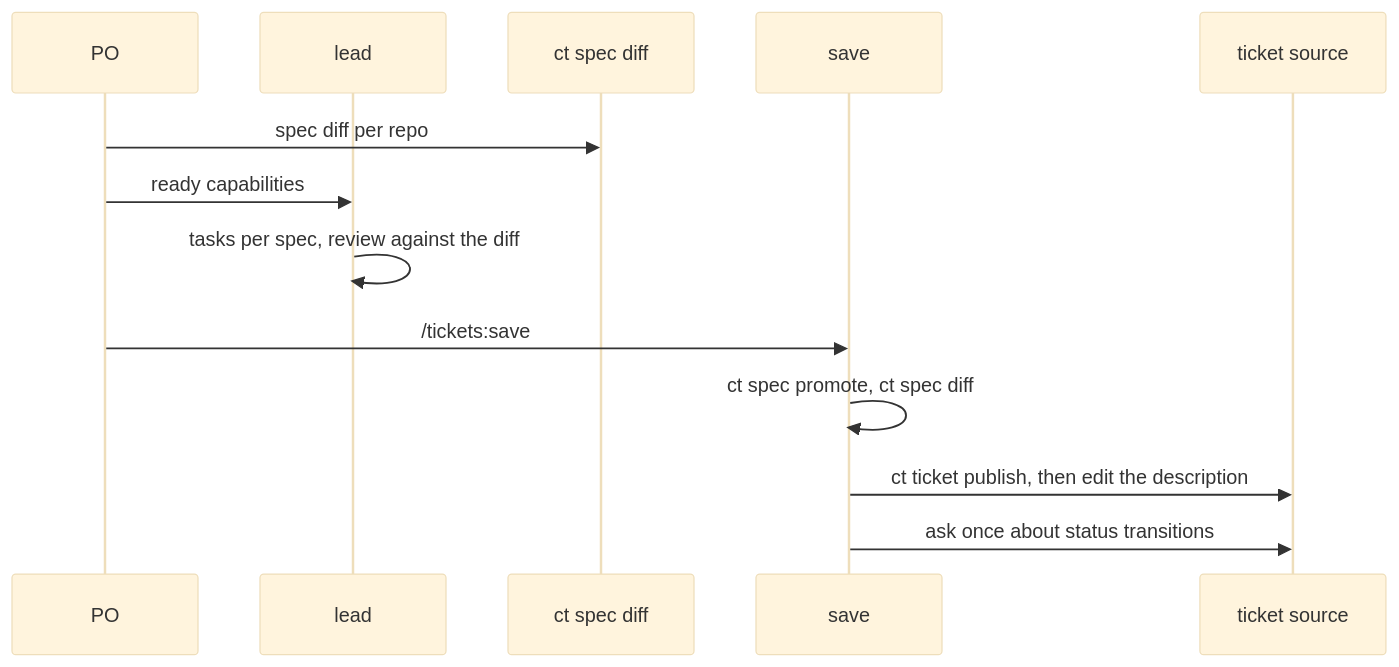
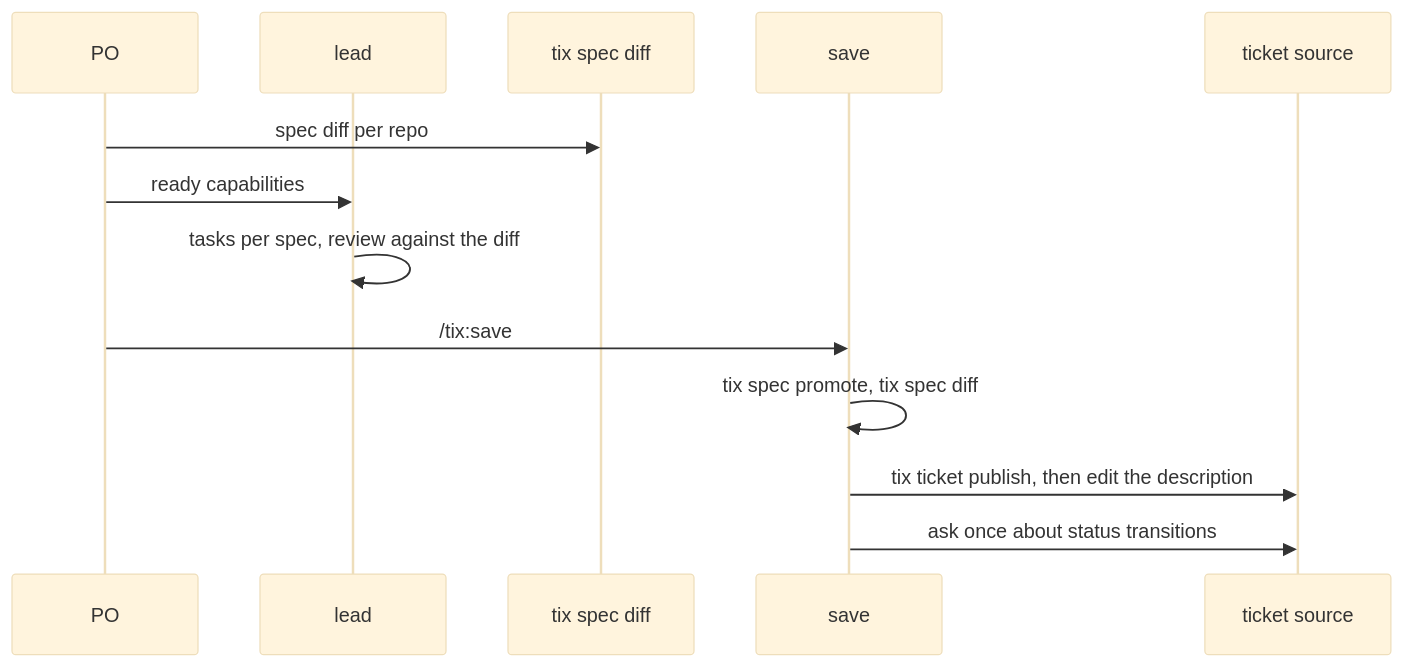
The third of 3 diagrams in docs/spec-workflow.md (zero4573/claude-tickets), drawn with Mermaid (base theme) before and after one commit. The commit also changed other lines of this file and 361 other files, not shown here.

First line of the commit message:
feat!: rename claude-tickets to tix and run sessions on kiro too

````diff
--- a/docs/spec-workflow.md
+++ b/docs/spec-workflow.md
@@ -116,15 +116,15 @@
 ```mermaid
 sequenceDiagram
   participant P as PO
   participant L as lead
-  participant D as ct spec diff
+  participant D as tix spec diff
   participant S as save
   participant J as ticket source
   P->>D: spec diff per repo
   P->>L: ready capabilities
   L->>L: tasks per spec, review against the diff
-  P->>S: /tickets:save
-  S->>S: ct spec promote, ct spec diff
-  S->>J: ct ticket publish, then edit the description
+  P->>S: /tix:save
+  S->>S: tix spec promote, tix spec diff
+  S->>J: tix ticket publish, then edit the description
   S->>J: ask once about status transitions
 ```
````
